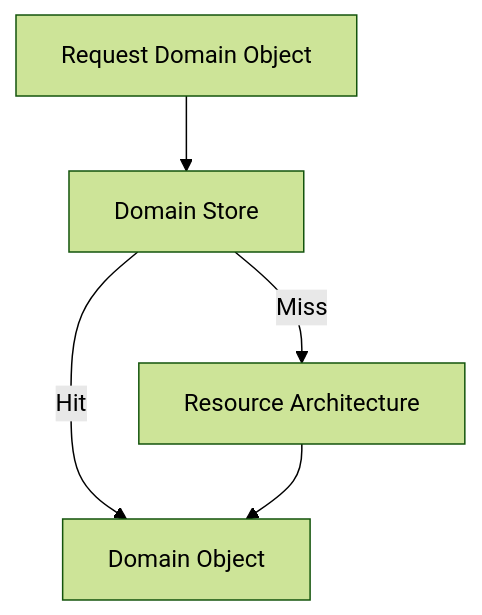
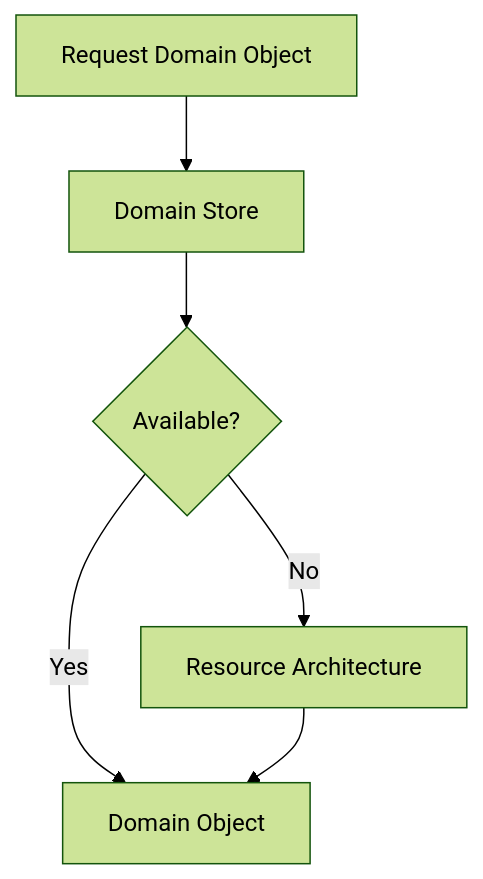
One commit to kjvonly/kjvonly.bible changed the second of 5 diagrams in docs/implementation/006-data-access.md. Above: the diagram before and after it, drawn with Mermaid (forest theme). The commit also changed other lines of this file, not shown here.

````diff
--- a/docs/implementation/006-data-access.md
+++ b/docs/implementation/006-data-access.md
@@ -116,19 +137,23 @@
 ```mermaid
 flowchart TD
 
     Request["Request Domain Object"]
 
-    Local["Domain Store"]
+    Store["Domain Store"]
 
-    Network["Resource Architecture"]
+    Found{"Available?"}
+
+    Resource["Resource Architecture"]
 
     Object["Domain Object"]
 
-    Request --> Local
+    Request --> Store
 
-    Local -->|"Hit"| Object
+    Store --> Found
 
-    Local -->|"Miss"| Network
+    Found -->|"Yes"| Object
 
-    Network --> Object
+    Found -->|"No"| Resource
+
+    Resource --> Object
 ```
````
